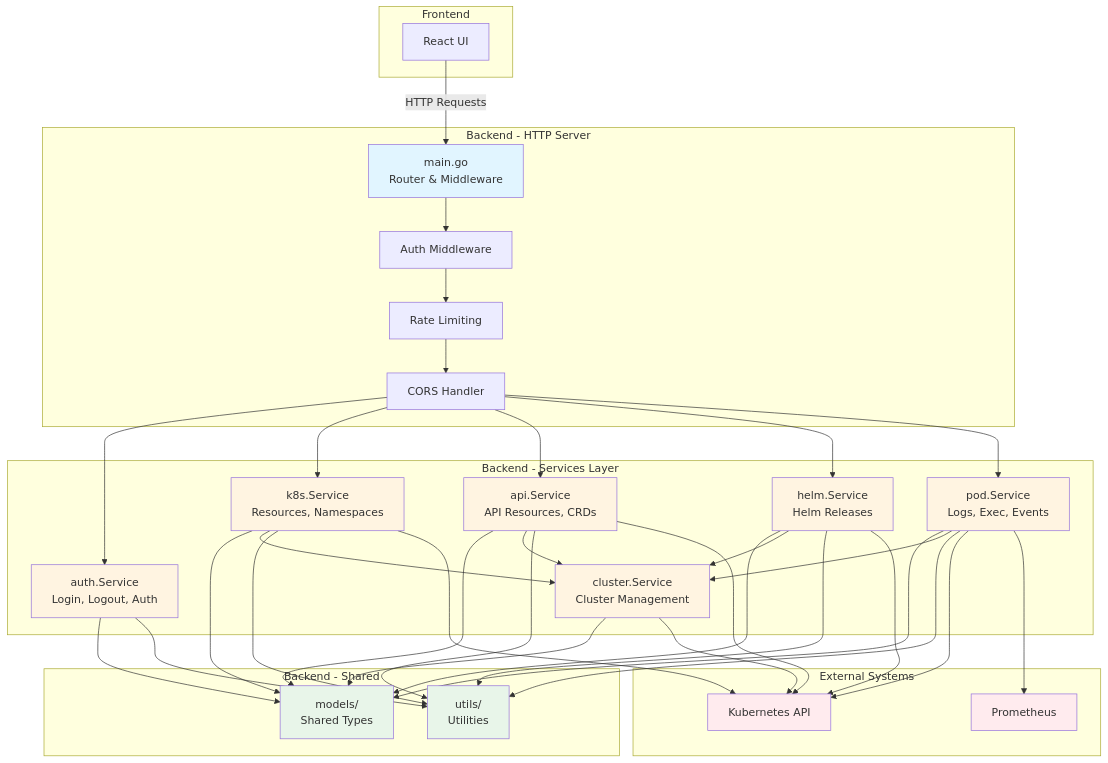
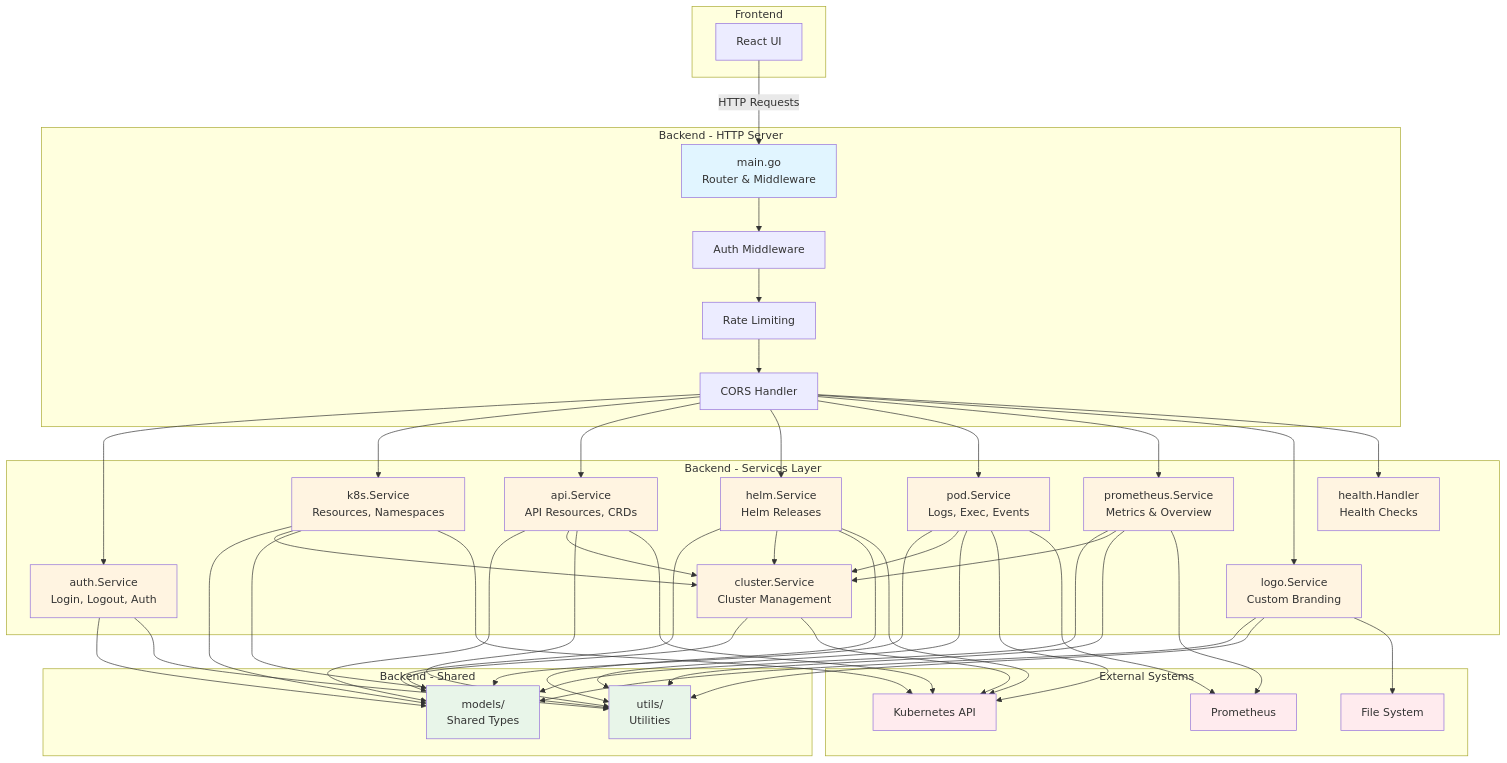
Before and after one commit to flaucha/DKonsole: the diagram in README.md, drawn with Mermaid. The commit also changed other lines of this file, not shown here.

Commit message:
docs: update architecture diagram in README.md

````diff
--- a/README.md
+++ b/README.md
@@ -299,6 +299,9 @@
         ApiSvc[api.Service<br/>API Resources, CRDs]
         HelmSvc[helm.Service<br/>Helm Releases]
         PodSvc[pod.Service<br/>Logs, Exec, Events]
+        PromSvc[prometheus.Service<br/>Metrics & Overview]
+        LogoSvc[logo.Service<br/>Custom Branding]
+        HealthSvc[health.Handler<br/>Health Checks]
     end
 
     subgraph "Backend - Shared"
@@ -309,6 +312,7 @@
     subgraph "External Systems"
         K8s[Kubernetes API]
         Prometheus[Prometheus]
+        FileSystem[File System]
     end
 
     UI -->|HTTP Requests| Main
@@ -320,6 +324,9 @@
     CORS --> ApiSvc
     CORS --> HelmSvc
     CORS --> PodSvc
+    CORS --> PromSvc
+    CORS --> LogoSvc
+    CORS --> HealthSvc
 
     AuthSvc --> Models
     ClusterSvc --> Models
@@ -331,12 +338,17 @@
     HelmSvc --> ClusterSvc
     PodSvc --> Models
     PodSvc --> ClusterSvc
+    PromSvc --> Models
+    PromSvc --> ClusterSvc
+    LogoSvc --> Models
 
     K8sSvc --> Utils
     ApiSvc --> Utils
     HelmSvc --> Utils
     PodSvc --> Utils
     AuthSvc --> Utils
+    PromSvc --> Utils
+    LogoSvc --> Utils
 
     ClusterSvc --> K8s
     K8sSvc --> K8s
@@ -344,6 +356,8 @@
     HelmSvc --> K8s
     PodSvc --> K8s
     PodSvc --> Prometheus
+    PromSvc --> Prometheus
+    LogoSvc --> FileSystem
 
     style Main fill:#e1f5ff
     style AuthSvc fill:#fff4e1
@@ -352,8 +366,12 @@
     style ApiSvc fill:#fff4e1
     style HelmSvc fill:#fff4e1
     style PodSvc fill:#fff4e1
+    style PromSvc fill:#fff4e1
+    style LogoSvc fill:#fff4e1
+    style HealthSvc fill:#fff4e1
     style Models fill:#e8f5e9
     style Utils fill:#e8f5e9
     style K8s fill:#ffebee
     style Prometheus fill:#ffebee
+    style FileSystem fill:#ffebee
 ```
````
